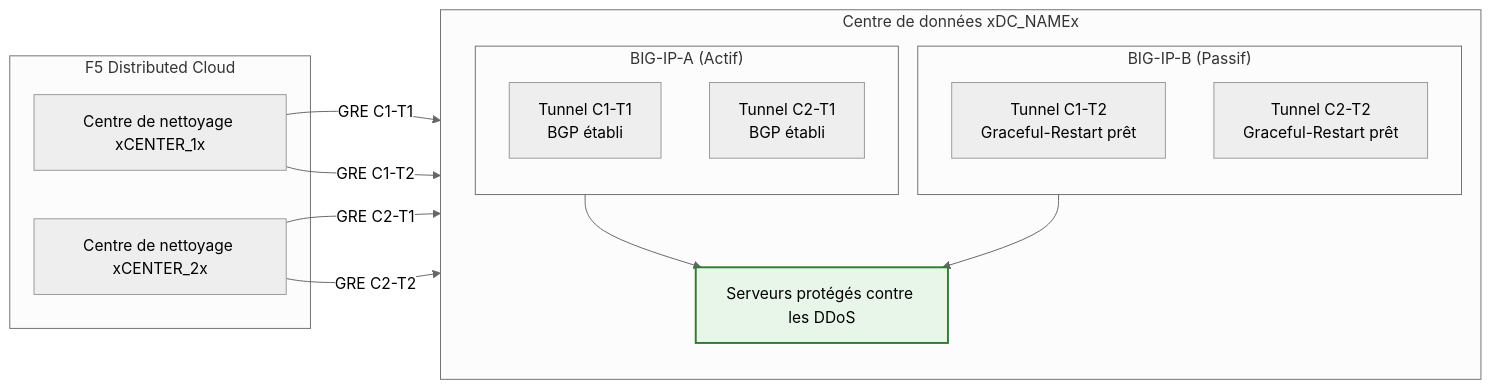
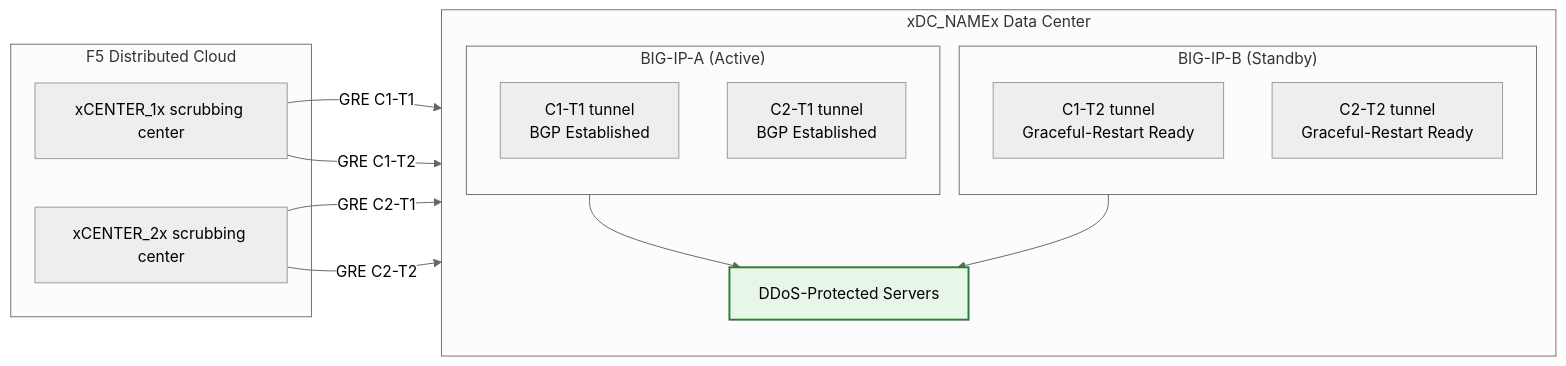
Before and after one commit to f5-sales-demo/ddos: the second of 2 diagrams in docs/fr/overview.mdx, drawn with Mermaid (neutral theme). The commit also changed other lines of this file and 89 other files, not shown here.

````diff
--- a/docs/fr/overview.mdx
+++ b/docs/fr/overview.mdx
@@ -67,29 +67,29 @@
 ```mermaid
 flowchart LR
     subgraph F5XC["F5 Distributed Cloud"]
-        C1["Centre de nettoyage xCENTER_1x"]
-        C2["Centre de nettoyage xCENTER_2x"]
+        C1["xCENTER_1x scrubbing center"]
+        C2["xCENTER_2x scrubbing center"]
     end
 
-    subgraph DC["Centre de données xDC_NAMEx"]
+    subgraph DC["xDC_NAMEx Data Center"]
         direction TB
-        subgraph UNITA["BIG-IP-A (Actif)"]
-            A_C1["Tunnel C1-T1<br/>BGP établi"]
-            A_C2["Tunnel C2-T1<br/>BGP établi"]
+        subgraph UNITA["BIG-IP-A (Active)"]
+            A_C1["C1-T1 tunnel<br/>BGP Established"]
+            A_C2["C2-T1 tunnel<br/>BGP Established"]
         end
-        subgraph UNITB["BIG-IP-B (Passif)"]
-            B_C1["Tunnel C1-T2<br/>Graceful-Restart prêt"]
-            B_C2["Tunnel C2-T2<br/>Graceful-Restart prêt"]
+        subgraph UNITB["BIG-IP-B (Standby)"]
+            B_C1["C1-T2 tunnel<br/>Graceful-Restart Ready"]
+            B_C2["C2-T2 tunnel<br/>Graceful-Restart Ready"]
         end
-        SERVERS["Serveurs protégés contre les DDoS"]
+        SERVERS["DDoS-Protected Servers"]
     end
 
     C1 -- "GRE C1-T1" --> A_C1
     C2 -- "GRE C2-T1" --> A_C2
     C1 -- "GRE C1-T2" --> B_C1
     C2 -- "GRE C2-T2" --> B_C2
     UNITA --> SERVERS
     UNITB --> SERVERS
 
     style SERVERS fill:#e8f5e9,stroke:#2e7d32,stroke-width:2px
 ```
````
